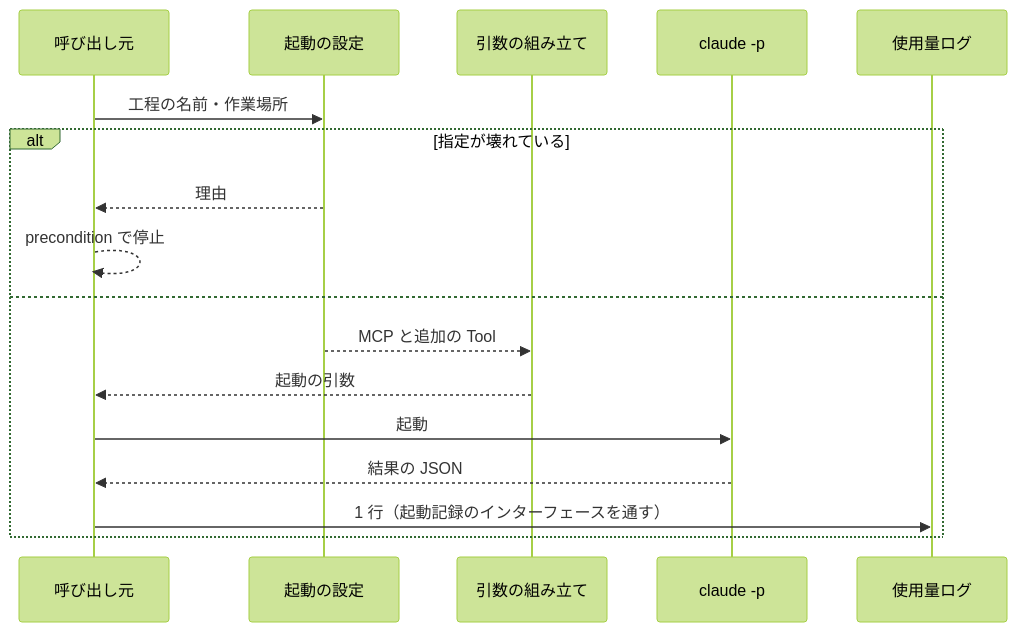
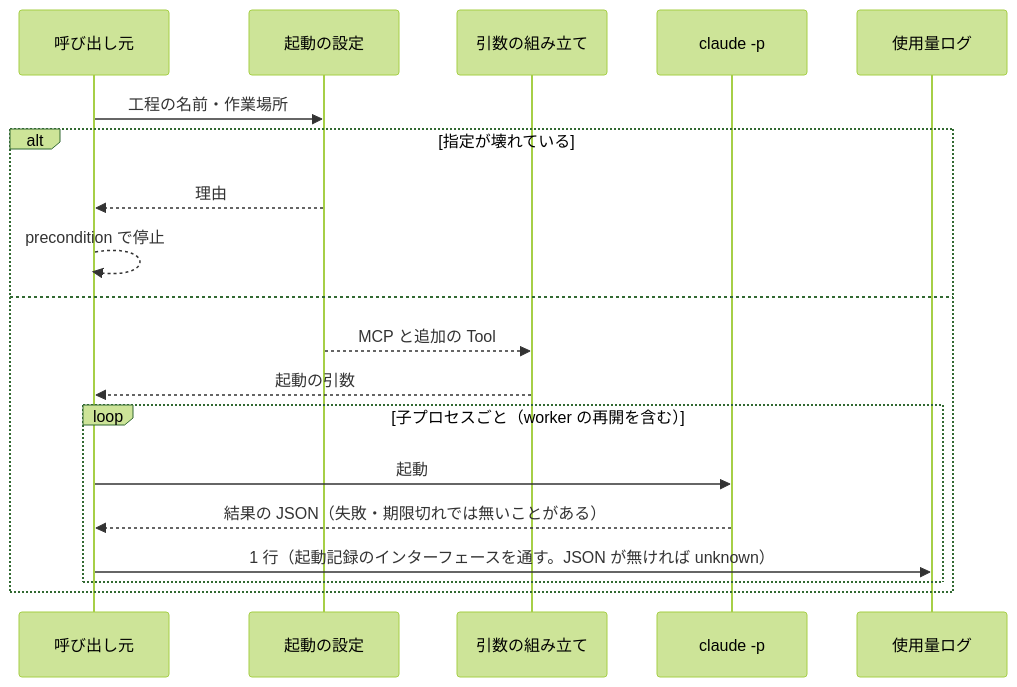
One commit to devbasex/ai-plugins changed the fourth of 4 diagrams in issues/issue-1959-design.md. Above: the diagram before and after it, drawn with Mermaid (forest theme). The commit also changed other lines of this file and 3 other files, not shown here.

````diff
--- a/issues/issue-1959-design.md
+++ b/issues/issue-1959-design.md
@@ -210,19 +258,21 @@
 ```mermaid
 sequenceDiagram
     participant C as 呼び出し元
     participant G as 起動の設定
     participant A as 引数の組み立て
     participant P as claude -p
     participant U as 使用量ログ
     C->>G: 工程の名前・作業場所
     alt 指定が壊れている
         G-->>C: 理由
         C-->>C: precondition で停止
     else
         G-->>A: MCP と追加の Tool
         A-->>C: 起動の引数
-        C->>P: 起動
-        P-->>C: 結果の JSON
-        C->>U: 1 行（起動記録のインターフェースを通す）
+        loop 子プロセスごと（worker の再開を含む）
+            C->>P: 起動
+            P-->>C: 結果の JSON（失敗・期限切れでは無いことがある）
+            C->>U: 1 行（起動記録のインターフェースを通す。JSON が無ければ unknown）
+        end
     end
 ```
````
